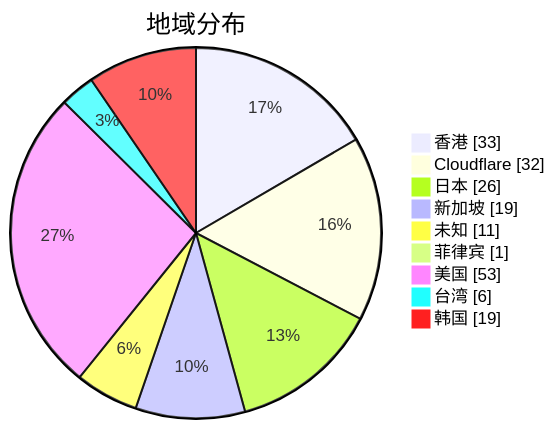
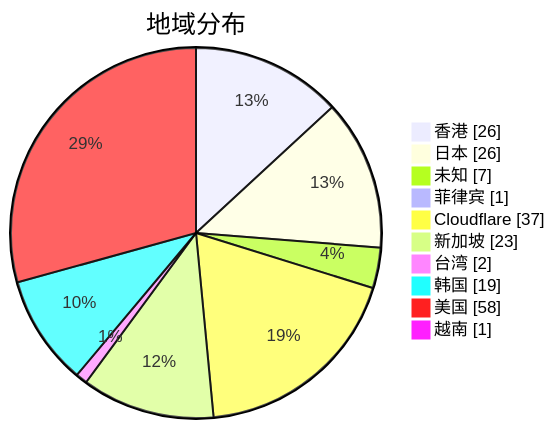
Before and after one commit to qjlxg/airport: the second of 3 diagrams in subs/statistics/tested_within.md, drawn with Mermaid. The commit also changed other lines of this file and 2 other files, not shown here.

````diff
--- a/subs/statistics/tested_within.md
+++ b/subs/statistics/tested_within.md
@@ -11,13 +11,14 @@
 ```mermaid
 pie showData
 title 地域分布
-"香港" : 33
-"Cloudflare" : 32
+"香港" : 26
 "日本" : 26
-"新加坡" : 19
-"未知" : 11
+"未知" : 7
 "菲律宾" : 1
-"美国" : 53
-"台湾" : 6
+"Cloudflare" : 37
+"新加坡" : 23
+"台湾" : 2
 "韩国" : 19
+"美国" : 58
+"越南" : 1
 ```
````
